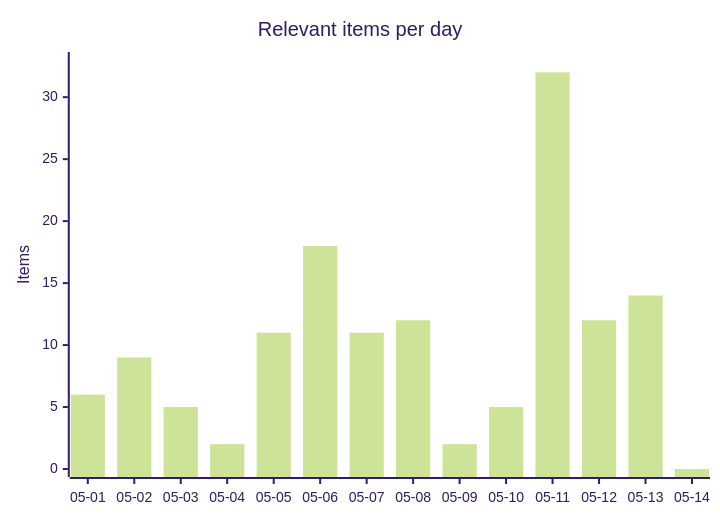
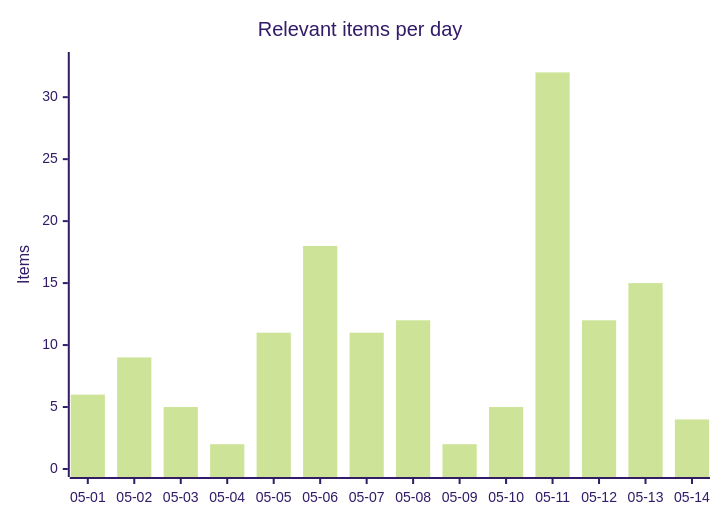
Before and after one commit to martinbalfanz/social-scanner-reports: the first of 4 diagrams in README.md, drawn with Mermaid (forest theme). The commit also changed other lines of this file and 2 other files, not shown here.

````diff
--- a/README.md
+++ b/README.md
@@ -30,7 +30,7 @@
 ```mermaid
 xychart-beta
     title "Relevant items per day"
     x-axis ["05-01", "05-02", "05-03", "05-04", "05-05", "05-06", "05-07", "05-08", "05-09", "05-10", "05-11", "05-12", "05-13", "05-14"]
     y-axis "Items" 0 --> 33
-    bar [6, 9, 5, 2, 11, 18, 11, 12, 2, 5, 32, 12, 14, 0]
+    bar [6, 9, 5, 2, 11, 18, 11, 12, 2, 5, 32, 12, 15, 4]
 ```
````
